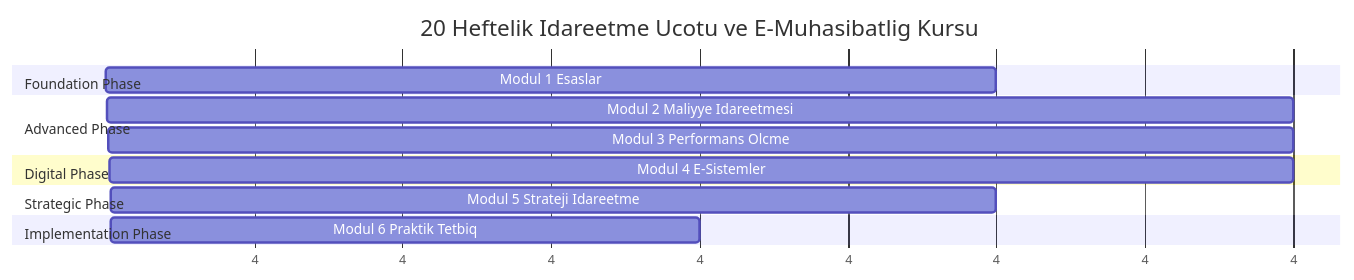
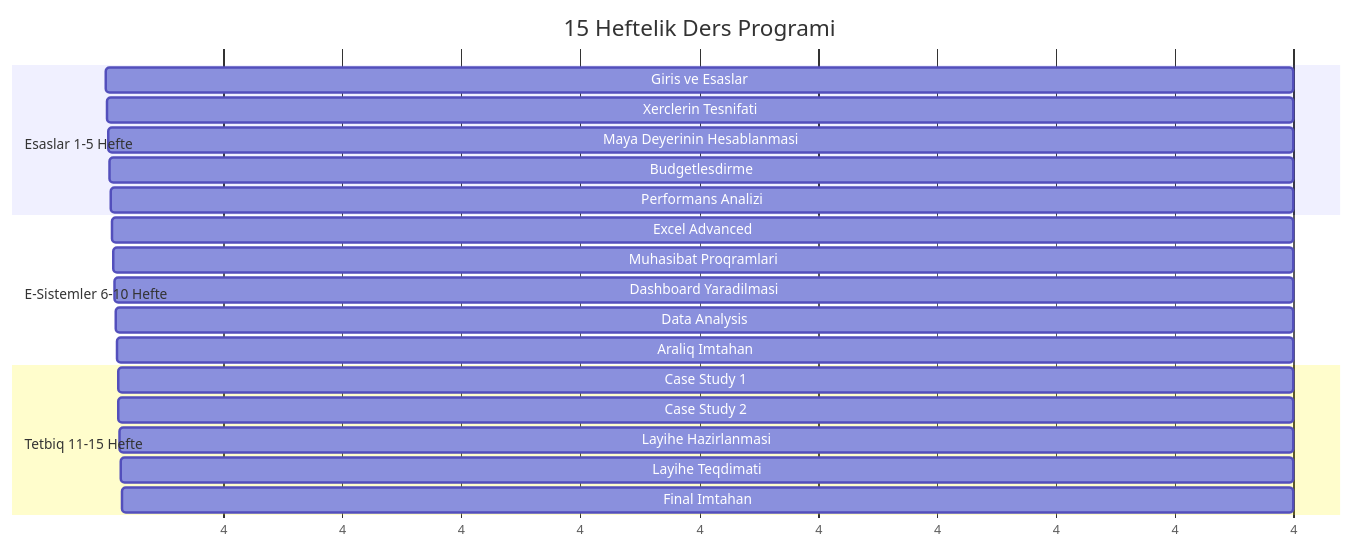
Before and after one commit to nes10r/D-A-e-m-hasibatl-q-f-nni: the second of 3 diagrams in README.md, drawn with Mermaid. The commit also changed other lines of this file and 1 other file, not shown here.

````diff
--- a/README.md
+++ b/README.md
@@ -70,22 +93,27 @@
 ```mermaid
 gantt
-    title 20 Heftelik Idareetme Ucotu ve E-Muhasibatlig Kursu
+    title 15 Heftelik Ders Programi
     dateFormat  X
     axisFormat %w
     
-    section Foundation Phase
-    Modul 1 Esaslar                     :1, 3
+    section Esaslar 1-5 Hefte
+    Giris ve Esaslar               :1, 1
+    Xerclerin Tesnifati            :2, 1
+    Maya Deyerinin Hesablanmasi    :3, 1
+    Budgetlesdirme                 :4, 1
+    Performans Analizi             :5, 1
     
-    section Advanced Phase  
-    Modul 2 Maliyye Idareetmesi          :4, 4
-    Modul 3 Performans Olcme             :8, 4
+    section E-Sistemler 6-10 Hefte
+    Excel Advanced                 :6, 1
+    Muhasibat Proqramlari         :7, 1
+    Dashboard Yaradilmasi         :8, 1
+    Data Analysis                 :9, 1
+    Araliq Imtahan                :10, 1
     
-    section Digital Phase
-    Modul 4 E-Sistemler                 :12, 4
-    
-    section Strategic Phase
-    Modul 5 Strateji Idareetme           :16, 3
-    
-    section Implementation Phase
-    Modul 6 Praktik Tetbiq               :19, 2
+    section Tetbiq 11-15 Hefte
+    Case Study 1                  :11, 1
+    Case Study 2                  :12, 1
+    Layihe Hazirlanmasi          :13, 1
+    Layihe Teqdimati             :14, 1
+    Final Imtahan                 :15, 1
 ```
````
